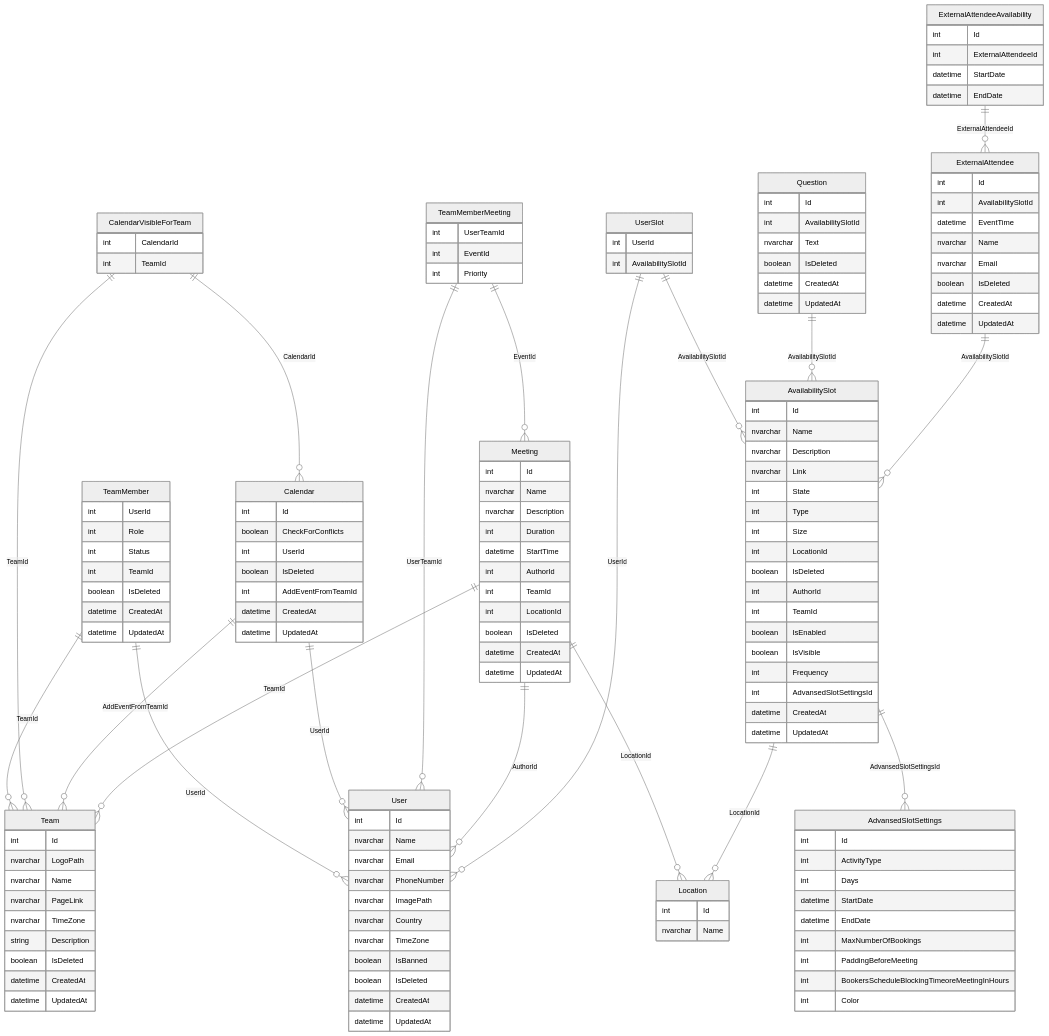
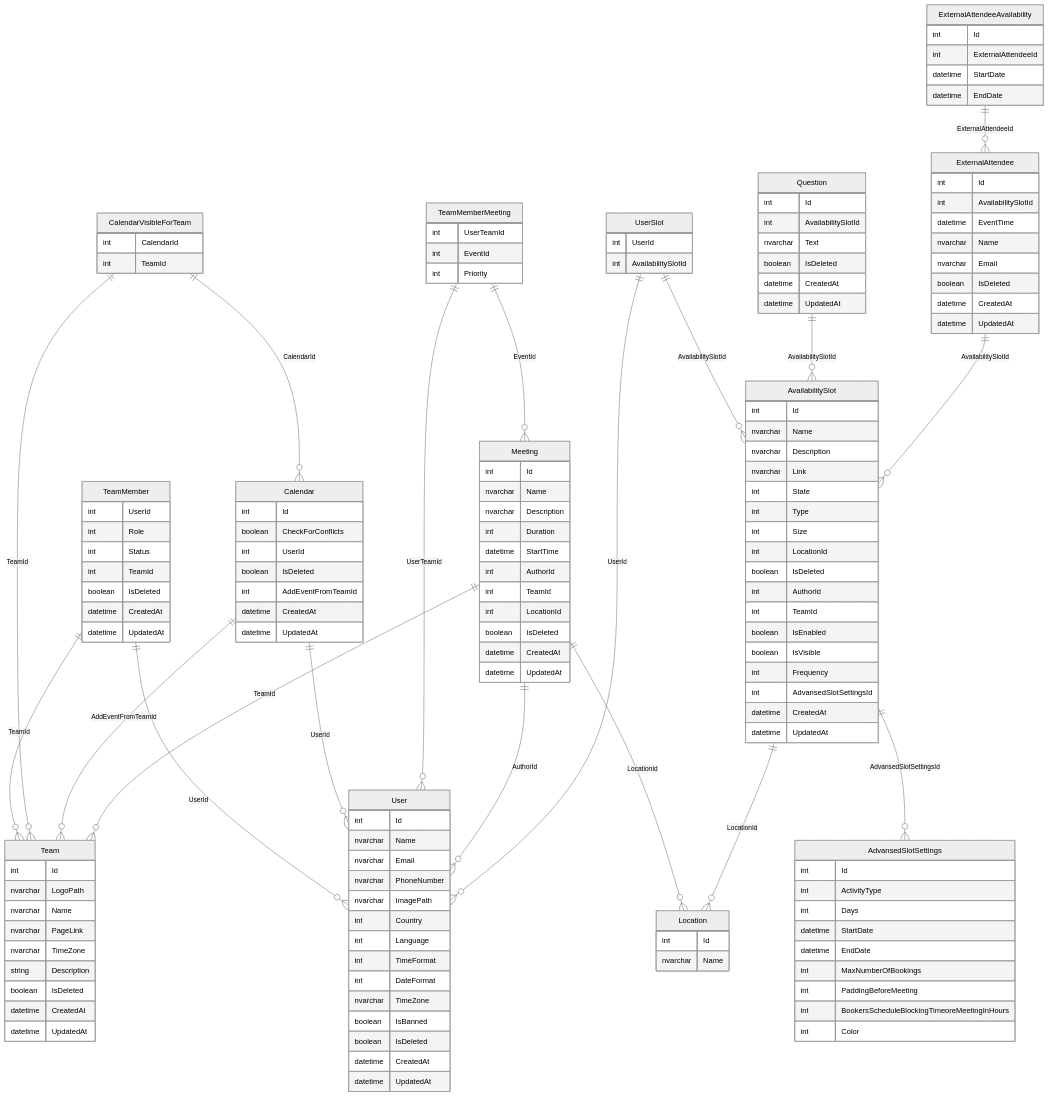
The diagram in README.md (BinaryStudioAcademy/bsa-2022-easymeets), drawn with Mermaid (neutral theme) before and after one commit.

```diff
--- a/README.md
+++ b/README.md
@@ -44,7 +44,10 @@
       nvarchar Email
       nvarchar PhoneNumber
       nvarchar ImagePath
-      nvarchar Country
+      int Country
+      int Language
+      int TimeFormat
+      int DateFormat
       nvarchar TimeZone
       boolean IsBanned
       boolean IsDeleted
```
